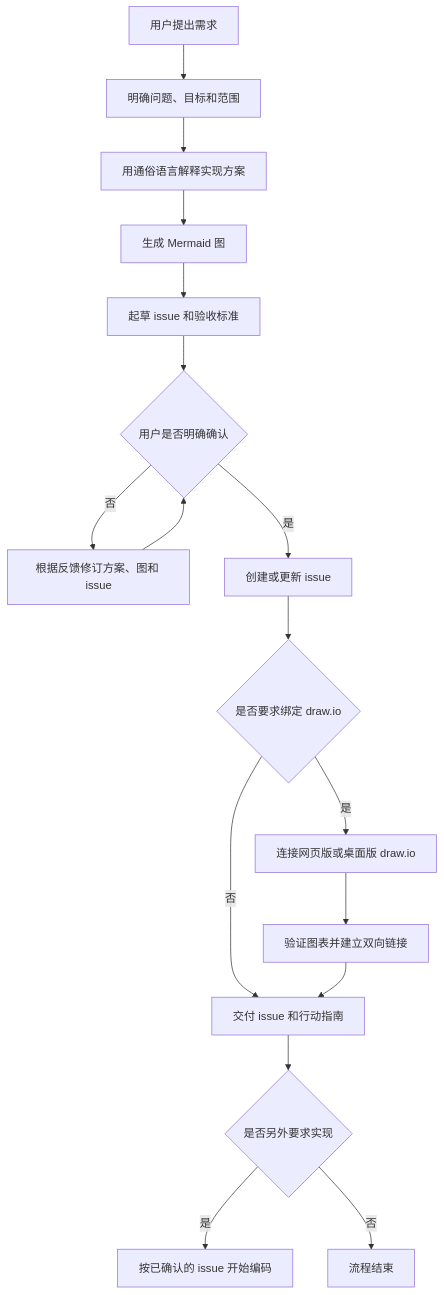
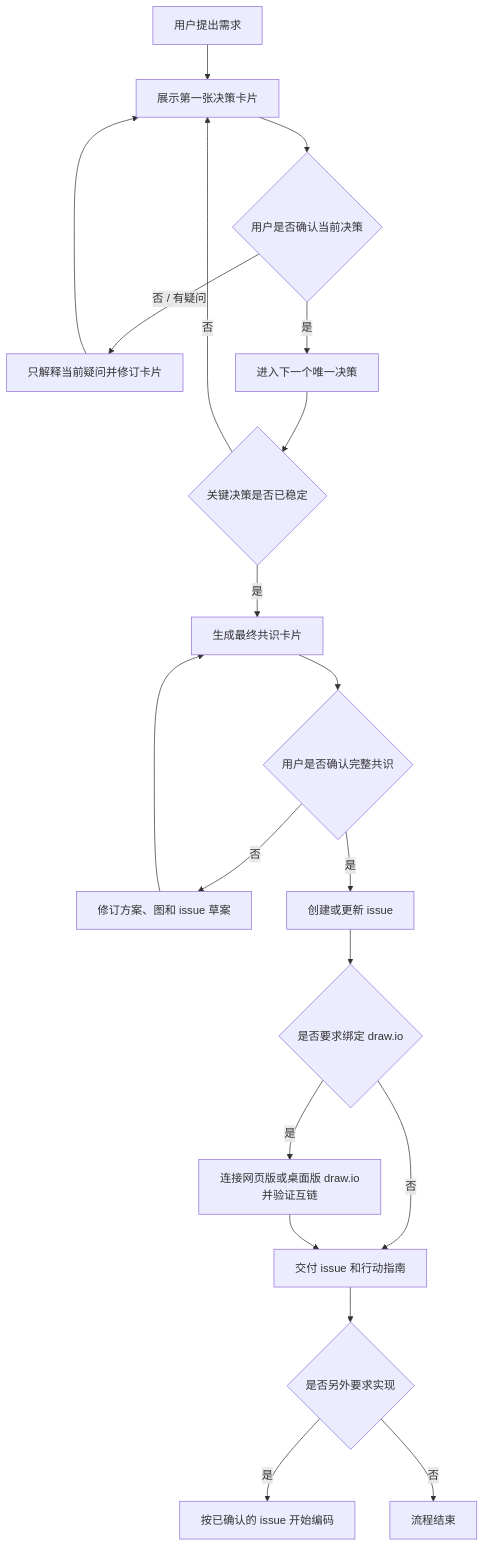
Before and after one commit to Chengyunlai/build-it-up: the diagram in README.md, drawn with Mermaid. The commit also changed other lines of this file and 3 other files, not shown here.

````diff
--- a/README.md
+++ b/README.md
@@ -27,19 +27,22 @@
 ```mermaid
 flowchart TD
-    A[用户提出需求] --> B[明确问题、目标和范围]
-    B --> C[用通俗语言解释实现方案]
-    C --> D[生成 Mermaid 图]
-    D --> E[起草 issue 和验收标准]
-    E --> F{用户是否明确确认}
-    F -- 否 --> G[根据反馈修订方案、图和 issue]
-    G --> F
-    F -- 是 --> H[创建或更新 issue]
-    H --> I{是否要求绑定 draw.io}
-    I -- 否 --> J[交付 issue 和行动指南]
-    I -- 是 --> K[连接网页版或桌面版 draw.io]
-    K --> L[验证图表并建立双向链接]
-    L --> J
-    J --> M{是否另外要求实现}
-    M -- 是 --> N[按已确认的 issue 开始编码]
-    M -- 否 --> O[流程结束]
+    A[用户提出需求] --> B[展示第一张决策卡片]
+    B --> C{用户是否确认当前决策}
+    C -- 否 / 有疑问 --> D[只解释当前疑问并修订卡片]
+    D --> B
+    C -- 是 --> E[进入下一个唯一决策]
+    E --> F{关键决策是否已稳定}
+    F -- 否 --> B
+    F -- 是 --> G[生成最终共识卡片]
+    G --> H{用户是否确认完整共识}
+    H -- 否 --> I[修订方案、图和 issue 草案]
+    I --> G
+    H -- 是 --> J[创建或更新 issue]
+    J --> K{是否要求绑定 draw.io}
+    K -- 否 --> L[交付 issue 和行动指南]
+    K -- 是 --> M[连接网页版或桌面版 draw.io并验证互链]
+    M --> L
+    L --> N{是否另外要求实现}
+    N -- 是 --> O[按已确认的 issue 开始编码]
+    N -- 否 --> P[流程结束]
 ```
````
